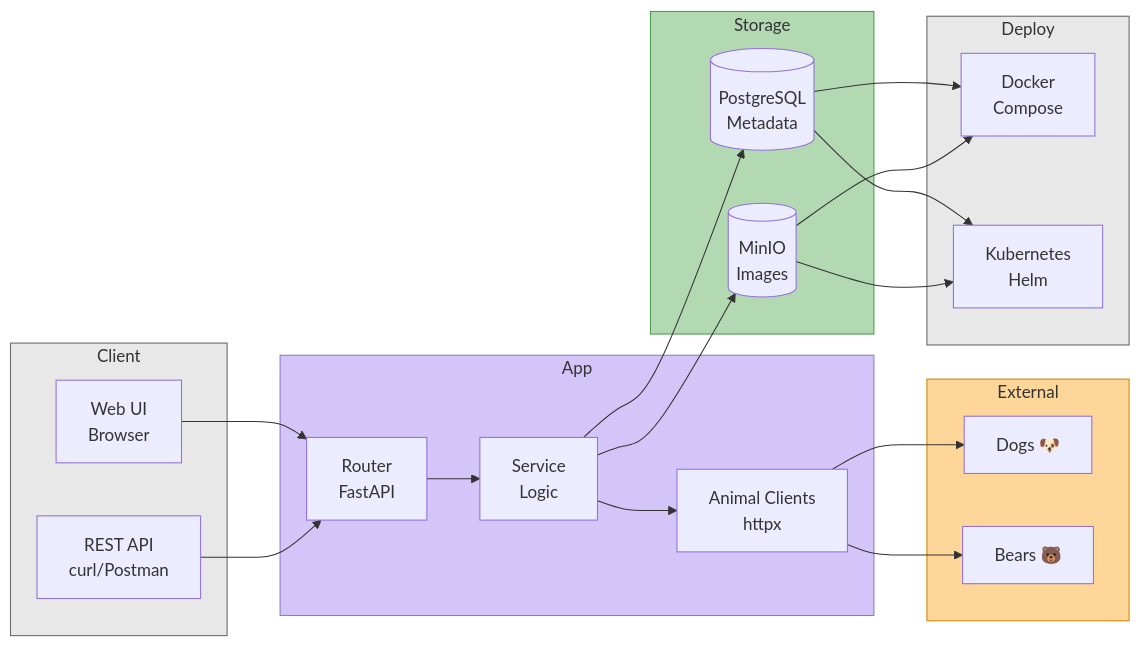
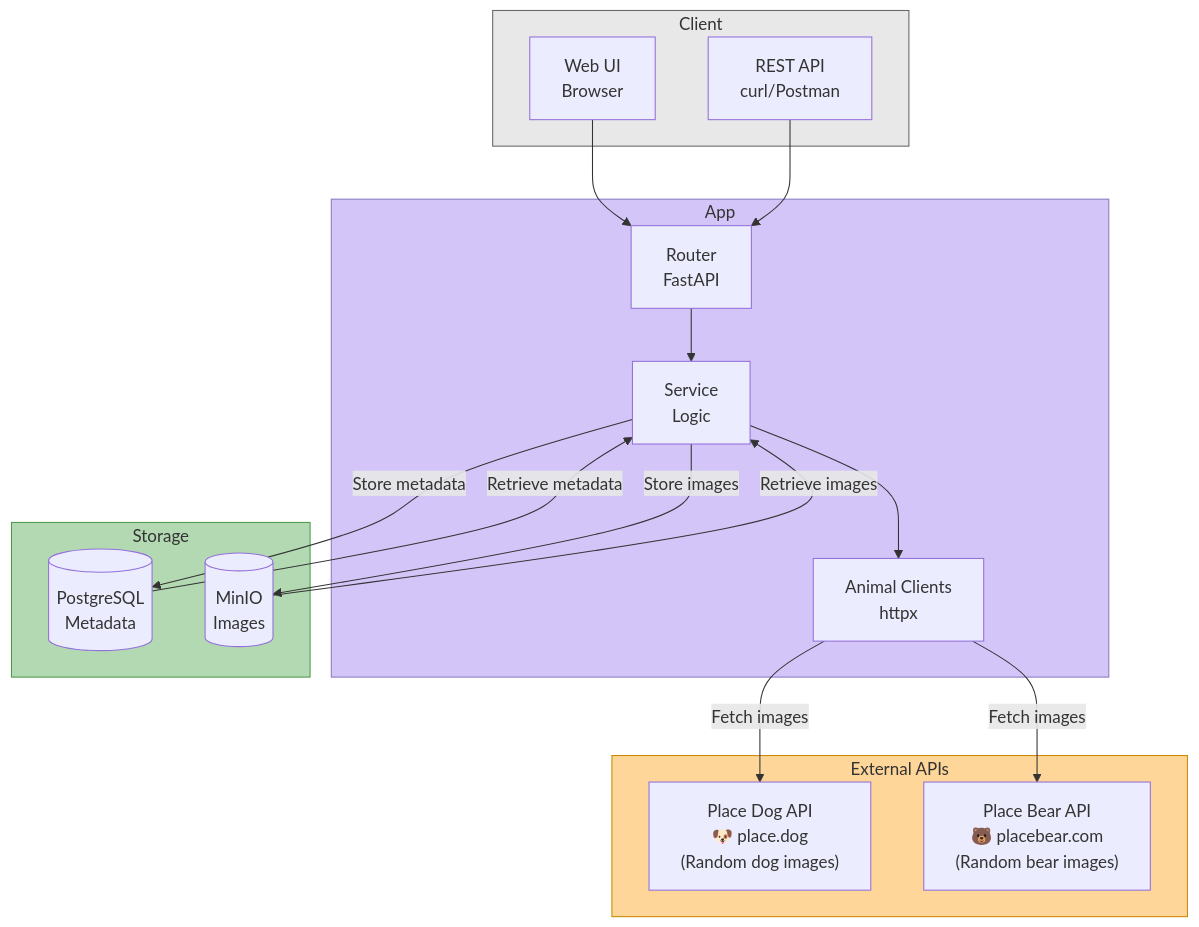
One commit to sanket4373/animal-pics changed the diagram in README.md. Above: the diagram before and after it, drawn with Mermaid. The commit also changed other lines of this file and 2 other files, not shown here.

Commit message:
made the postgres and minio image version consistent in dev and prod

````diff
--- a/README.md
+++ b/README.md
@@ -48,47 +48,39 @@
 ```mermaid
-graph LR
+graph TB
     subgraph Client
         UI[Web UI<br/>Browser]
         REST[REST API<br/>curl/Postman]
     end
     
     subgraph App
         Router[Router<br/>FastAPI]
         Service[Service<br/>Logic]
         Clients[Animal Clients<br/>httpx]
     end
     
-    subgraph External
-        Dogs[Dogs 🐶]
-        Bears[Bears 🐻]
+    subgraph External["External APIs"]
+        Dogs["Place Dog API<br/>🐶 place.dog<br/>(Random dog images)"]
+        Bears["Place Bear API<br/>🐻 placebear.com<br/>(Random bear images)"]
     end
     
     subgraph Storage
         DB[(PostgreSQL<br/>Metadata)]
         S3[(MinIO<br/>Images)]
     end
     
-    subgraph Deploy
-        Compose[Docker<br/>Compose]
-        K8S[Kubernetes<br/>Helm]
-    end
-    
     UI --> Router
     REST --> Router
     Router --> Service
     Service --> Clients
-    Service --> DB
-    Service --> S3
-    Clients --> Dogs
-    Clients --> Bears
-    DB --> Compose
-    DB --> K8S
-    S3 --> Compose
-    S3 --> K8S
+    Service -->|Store metadata| DB
+    Service -->|Store images| S3
+    DB -->|Retrieve metadata| Service
+    S3 -->|Retrieve images| Service
+    Clients -->|Fetch images| Dogs
+    Clients -->|Fetch images| Bears
     
     style Client fill:#e8e8e8,stroke:#666
     style App fill:#d4c5f9,stroke:#8b7ac7
     style External fill:#ffd699,stroke:#cc8800
     style Storage fill:#b3d9b3,stroke:#4d994d
-    style Deploy fill:#e8e8e8,stroke:#666
 ```
````
